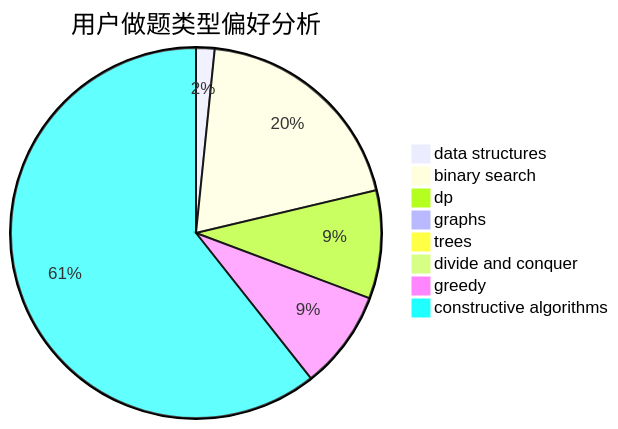
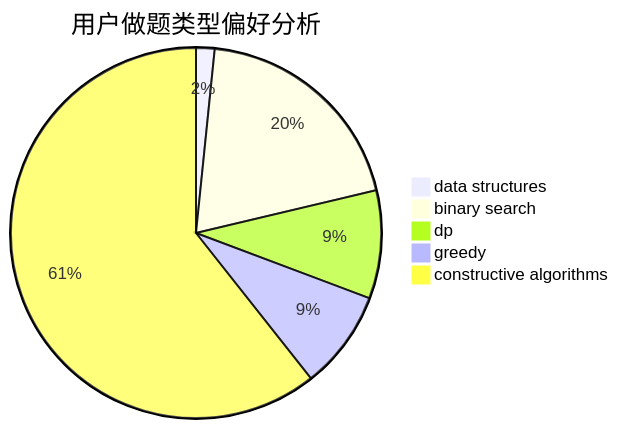
The second of 3 diagrams in docs/user/u1151.md (sherpahu/cfrs.github.io), drawn with Mermaid before and after one commit. The commit also changed other lines of this file and 2770 other files, not shown here.

````diff
--- a/docs/user/u1151.md
+++ b/docs/user/u1151.md
@@ -18,11 +16,8 @@
 ```mermaid
 pie title 用户做题类型偏好分析
     "data structures" :  6
     "binary search" :  73
     "dp" :  35
-    "graphs" :  0
-    "trees" :  0
-    "divide and conquer" :  0
     "greedy" :  32
     "constructive algorithms" :  225
 ```
````
